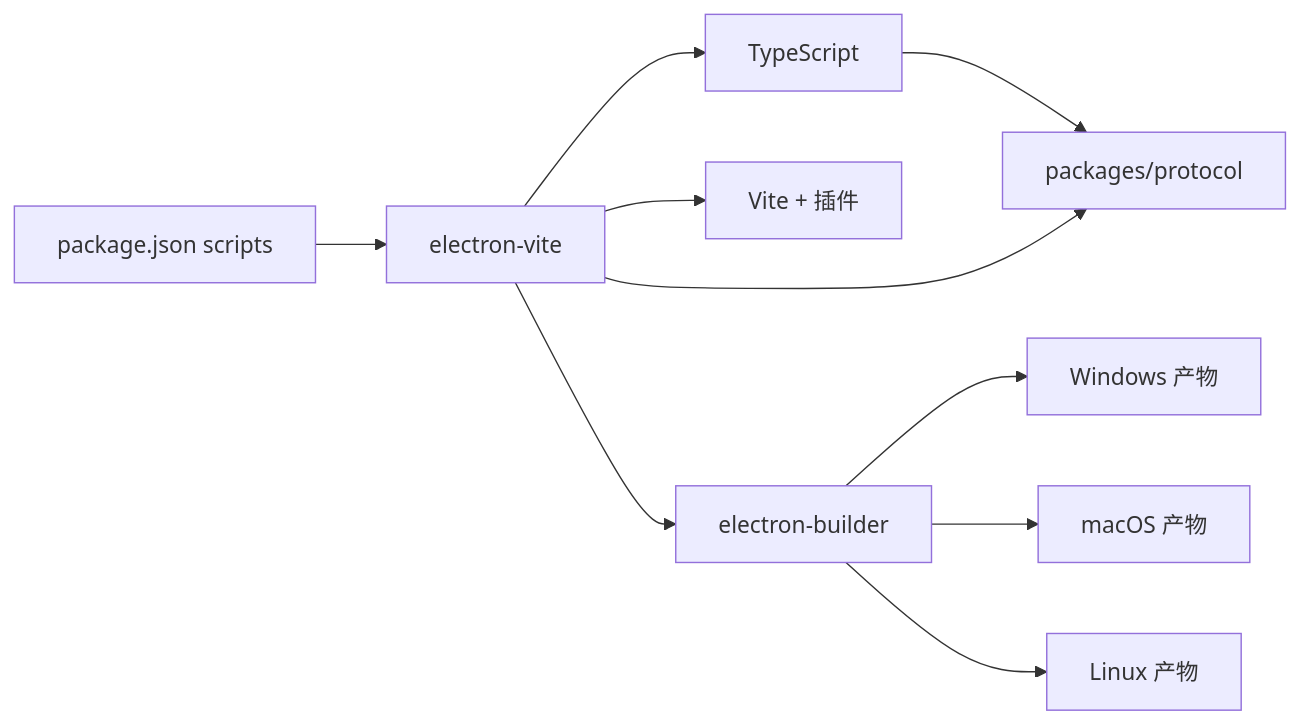
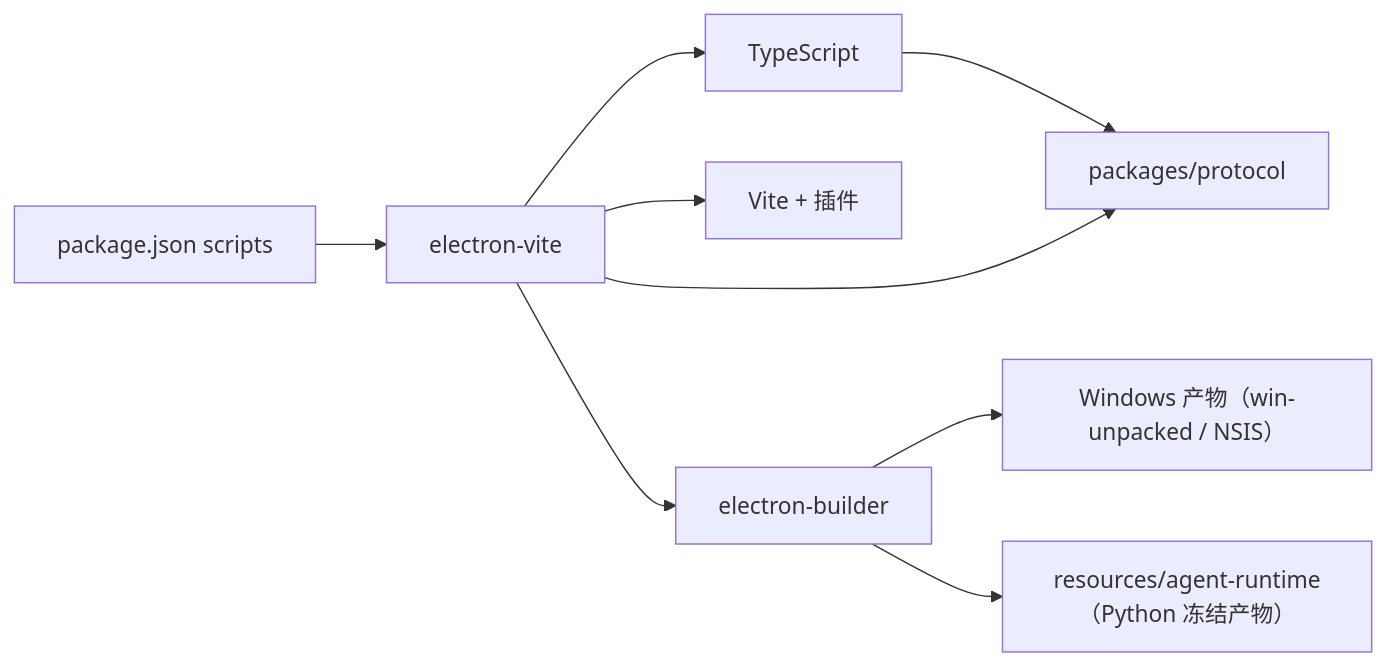
One commit to Azusa010/personal-agent changed the seventh of 7 diagrams in .repowiki/zh/content/桌面应用/构建与部署.md. Above: the diagram before and after it, drawn with Mermaid. The commit also changed other lines of this file and 40 other files, not shown here.

````diff
--- a/.repowiki/zh/content/桌面应用/构建与部署.md
+++ b/.repowiki/zh/content/桌面应用/构建与部署.md
@@ -265,12 +258,11 @@
 ```mermaid
 graph LR
 Scripts["package.json scripts"] --> EV["electron-vite"]
 EV --> TS["TypeScript"]
 EV --> Vite["Vite + 插件"]
 EV --> EB["electron-builder"]
-EB --> Win["Windows 产物"]
-EB --> Mac["macOS 产物"]
-EB --> Lin["Linux 产物"]
+EB --> Win["Windows 产物（win-unpacked / NSIS）"]
+EB --> Res["resources/agent-runtime（Python 冻结产物）"]
 TS --> Prot["packages/protocol"]
 EV --> Prot
 ```
````
